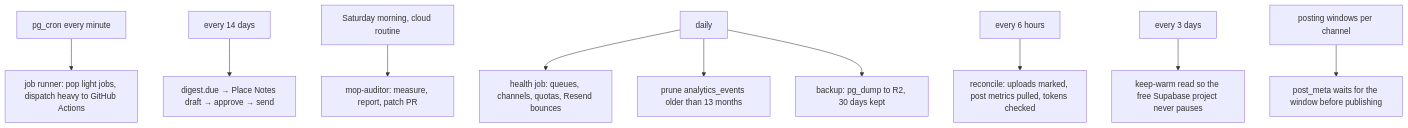
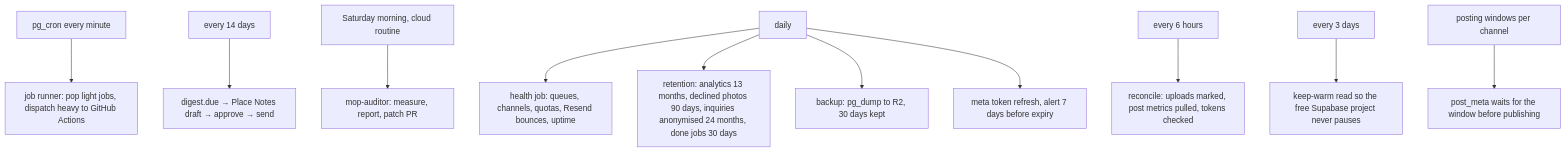
One commit to AbdulrahmanAmer/matter-of-place changed the second of 3 diagrams in workspace/03-diagrams/automations.md. Above: the diagram before and after it, drawn with Mermaid. The commit also changed 32 other files, not shown here.

Commit message:
Engineering sweep folded into the documents: architecture §10, 20 plans integrated, screen spec, diagrams; register removed

````diff
--- a/workspace/03-diagrams/automations.md
+++ b/workspace/03-diagrams/automations.md
@@ -43,10 +43,10 @@
 ```mermaid
 flowchart TB
   M[pg_cron every minute] --> R[job runner: pop light jobs, dispatch heavy to GitHub Actions]
   D14[every 14 days] --> DG[digest.due → Place Notes draft → approve → send]
   SAT[Saturday morning, cloud routine] --> AU[mop-auditor: measure, report, patch PR]
-  DAY[daily] --> HE[health job: queues, channels, quotas, Resend bounces] & PR[prune analytics_events older than 13 months] & BK[backup: pg_dump to R2, 30 days kept]
+  DAY[daily] --> HE[health job: queues, channels, quotas, Resend bounces, uptime] & PR[retention: analytics 13 months, declined photos 90 days, inquiries anonymised 24 months, done jobs 30 days] & BK[backup: pg_dump to R2, 30 days kept] & TK[meta token refresh, alert 7 days before expiry]
   H6[every 6 hours] --> RC[reconcile: uploads marked, post metrics pulled, tokens checked]
   D3[every 3 days] --> KW[keep-warm read so the free Supabase project never pauses]
   WIN[posting windows per channel] --> PM[post_meta waits for the window before publishing]
 ```
````
